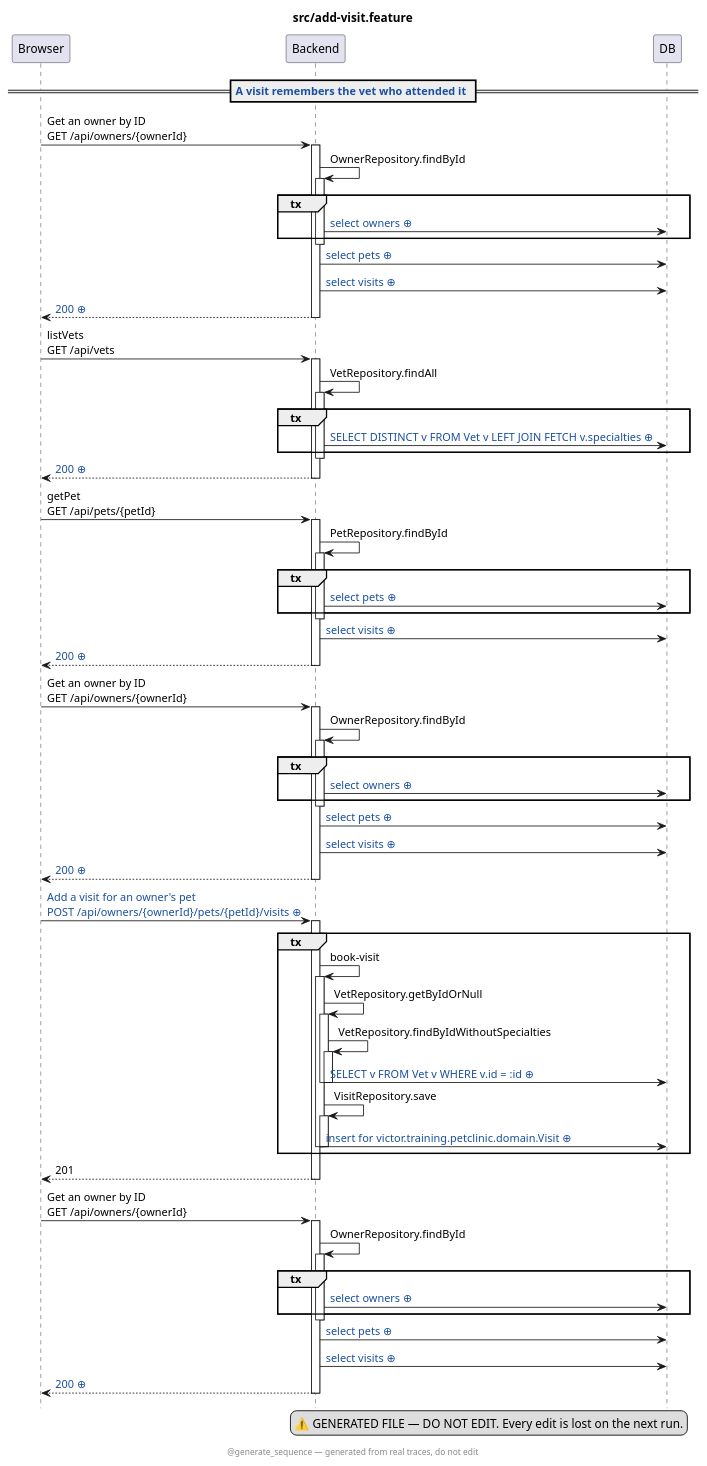
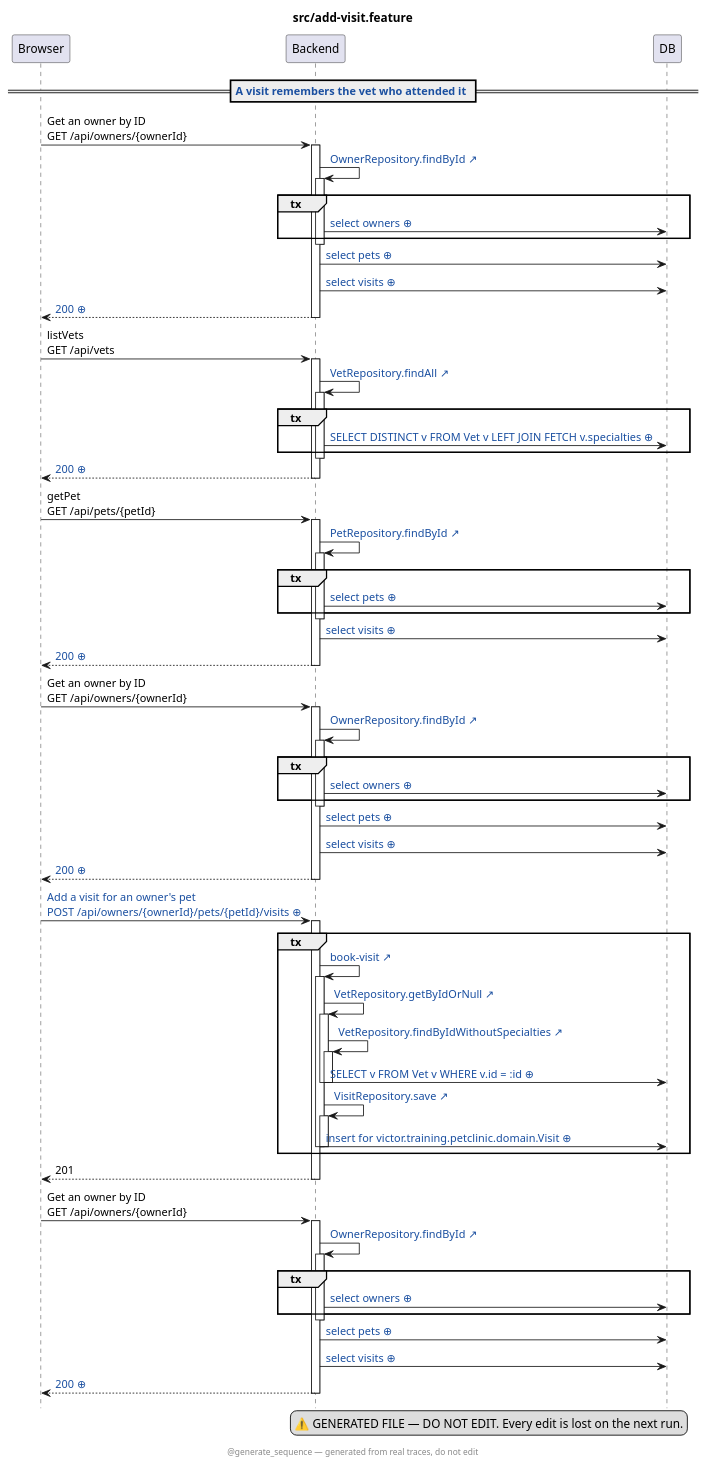
One commit to victorrentea/petclinic changed the diagram in petclinic-test/src/add-visit.feature.genseq.puml. Above: the diagram before and after it, drawn with PlantUML. The commit also changed 1 other file, not shown here.

```diff
--- a/petclinic-test/src/add-visit.feature.genseq.puml
+++ b/petclinic-test/src/add-visit.feature.genseq.puml
@@ -1,92 +1,92 @@
 @startuml
 ' ⚠️  GENERATED FILE — DO NOT EDIT. Every edit is lost on the next run.
 hide footbox
 skinparam hyperlinkUnderline false
 skinparam hyperlinkColor #1A4FA0
 title src/add-visit.feature
 legend right
   ⚠️  GENERATED FILE — DO NOT EDIT. Every edit is lost on the next run.
 end legend
 footer @generate_sequence — generated from real traces, do not edit
 participant Browser
 participant Backend
 participant DB
 == [[src://petclinic-test/src/add-visit.feature:16{Click to open the test} A visit remembers the vet who attended it]] ==
 Browser -> Backend: Get an owner by ID\nGET /api/owners/{ownerId}
 activate Backend
-Backend -> Backend: OwnerRepository.findById
+Backend -> Backend: [[src://petclinic-backend/src/main/java/victor/training/petclinic/repository/OwnerRepository.java:14{Click to open OwnerRepository.findById} OwnerRepository.findById ↗]]
 activate Backend
 group tx
 Backend -> DB: [[genseq://0totfe9{Click for the statement behind this call} select owners ⊕]]
 end
 deactivate Backend
 Backend -> DB: [[genseq://1hjadar{Click for the statement behind this call} select pets ⊕]]
 Backend -> DB: [[genseq://1bcshtp{Click for the statement behind this call} select visits ⊕]]
 Backend --> Browser: [[genseq://13rmoxo{Click for this call’s JSON body} 200 ⊕]]
 deactivate Backend
 Browser -> Backend: listVets\nGET /api/vets
 activate Backend
-Backend -> Backend: VetRepository.findAll
+Backend -> Backend: [[src://petclinic-backend/src/main/java/victor/training/petclinic/repository/VetRepository.java:13{Click to open VetRepository.findAll} VetRepository.findAll ↗]]
 activate Backend
 group tx
 Backend -> DB: [[genseq://0p6yxbc{Click for the statement behind this call} SELECT DISTINCT v FROM Vet v LEFT JOIN FETCH v.specialties ⊕]]
 end
 deactivate Backend
 Backend --> Browser: [[genseq://1nmg2oo{Click for this call’s JSON body} 200 ⊕]]
 deactivate Backend
 Browser -> Backend: getPet\nGET /api/pets/{petId}
 activate Backend
-Backend -> Backend: PetRepository.findById
+Backend -> Backend: [[src://petclinic-backend/src/main/java/victor/training/petclinic/repository/PetRepository.java:16{Click to open PetRepository.findById} PetRepository.findById ↗]]
 activate Backend
 group tx
 Backend -> DB: [[genseq://0jw0huv{Click for the statement behind this call} select pets ⊕]]
 end
 deactivate Backend
 Backend -> DB: [[genseq://1bcshtp{Click for the statement behind this call} select visits ⊕]]
 Backend --> Browser: [[genseq://045m2da{Click for this call’s JSON body} 200 ⊕]]
 deactivate Backend
 Browser -> Backend: Get an owner by ID\nGET /api/owners/{ownerId}
 activate Backend
-Backend -> Backend: OwnerRepository.findById
+Backend -> Backend: [[src://petclinic-backend/src/main/java/victor/training/petclinic/repository/OwnerRepository.java:14{Click to open OwnerRepository.findById} OwnerRepository.findById ↗]]
 activate Backend
 group tx
 Backend -> DB: [[genseq://0totfe9{Click for the statement behind this call} select owners ⊕]]
 end
 deactivate Backend
 Backend -> DB: [[genseq://1hjadar{Click for the statement behind this call} select pets ⊕]]
 Backend -> DB: [[genseq://1bcshtp{Click for the statement behind this call} select visits ⊕]]
 Backend --> Browser: [[genseq://162q2qc{Click for this call’s JSON body} 200 ⊕]]
 deactivate Backend
 Browser -> Backend: [[genseq://0o4d8tf{Click for this call’s JSON body} Add a visit for an owner's pet\nPOST /api/owners/{ownerId}/pets/{petId}/visits ⊕]]
 activate Backend
 group tx
-Backend -> Backend: book-visit
+Backend -> Backend: [[src://petclinic-backend/src/main/java/victor/training/petclinic/rest/OwnerRestController.java:193{Click to open OwnerRestController.bookVisit} book-visit ↗]]
 activate Backend
-Backend -> Backend: VetRepository.getByIdOrNull
+Backend -> Backend: [[src://petclinic-backend/src/main/java/victor/training/petclinic/repository/VetRepository.java:29{Click to open VetRepository.getByIdOrNull} VetRepository.getByIdOrNull ↗]]
 activate Backend
-Backend -> Backend: VetRepository.findByIdWithoutSpecialties
+Backend -> Backend: [[src://petclinic-backend/src/main/java/victor/training/petclinic/repository/VetRepository.java:20{Click to open VetRepository.findByIdWithoutSpecialties} VetRepository.findByIdWithoutSpecialties ↗]]
 activate Backend
 Backend -> DB: [[genseq://13xrn4k{Click for the statement behind this call} SELECT v FROM Vet v WHERE v.id = :id ⊕]]
 deactivate Backend
 deactivate Backend
-Backend -> Backend: VisitRepository.save
+Backend -> Backend: [[src://petclinic-backend/src/main/java/victor/training/petclinic/repository/VisitRepository.java:14{Click to open VisitRepository.save} VisitRepository.save ↗]]
 activate Backend
 Backend -> DB: [[genseq://07ej2hx{Click for the statement behind this call} insert for victor.training.petclinic.domain.Visit ⊕]]
 deactivate Backend
 deactivate Backend
 end
 Backend --> Browser: 201
 deactivate Backend
 Browser -> Backend: Get an owner by ID\nGET /api/owners/{ownerId}
 activate Backend
-Backend -> Backend: OwnerRepository.findById
+Backend -> Backend: [[src://petclinic-backend/src/main/java/victor/training/petclinic/repository/OwnerRepository.java:14{Click to open OwnerRepository.findById} OwnerRepository.findById ↗]]
 activate Backend
 group tx
 Backend -> DB: [[genseq://0totfe9{Click for the statement behind this call} select owners ⊕]]
 end
 deactivate Backend
 Backend -> DB: [[genseq://1hjadar{Click for the statement behind this call} select pets ⊕]]
 Backend -> DB: [[genseq://1bcshtp{Click for the statement behind this call} select visits ⊕]]
 Backend --> Browser: [[genseq://06yf4hn{Click for this call’s JSON body} 200 ⊕]]
 deactivate Backend
 @enduml
```
